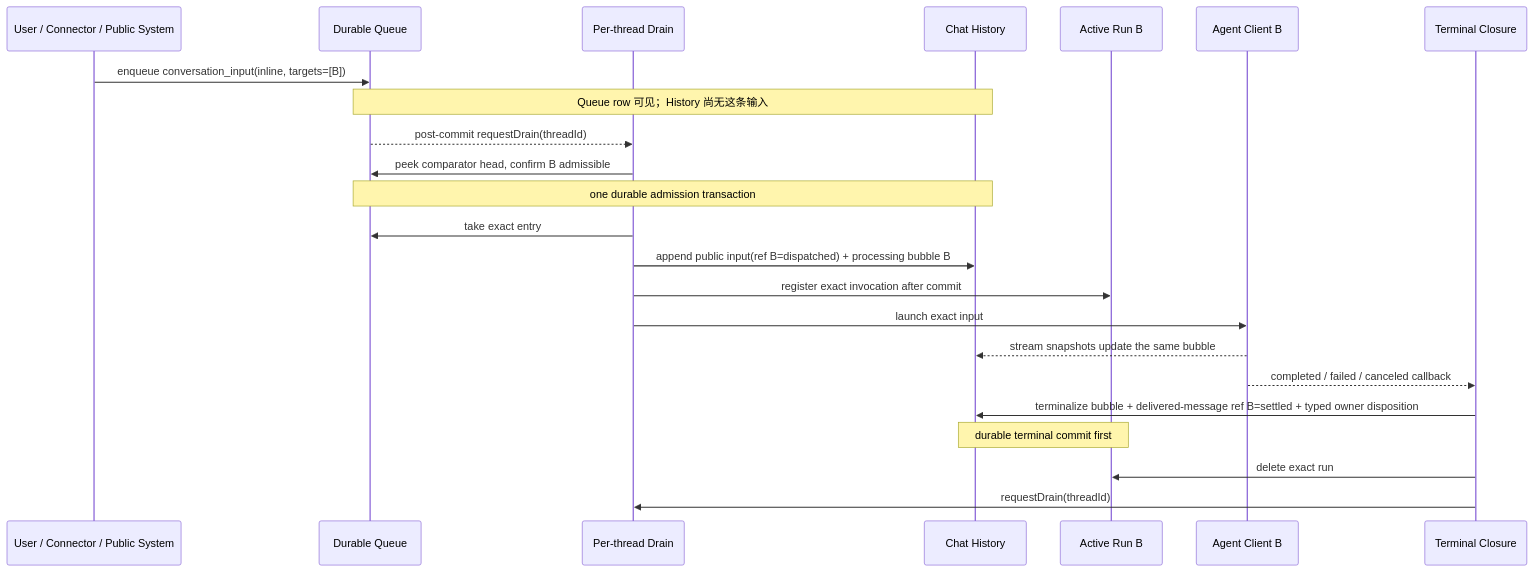
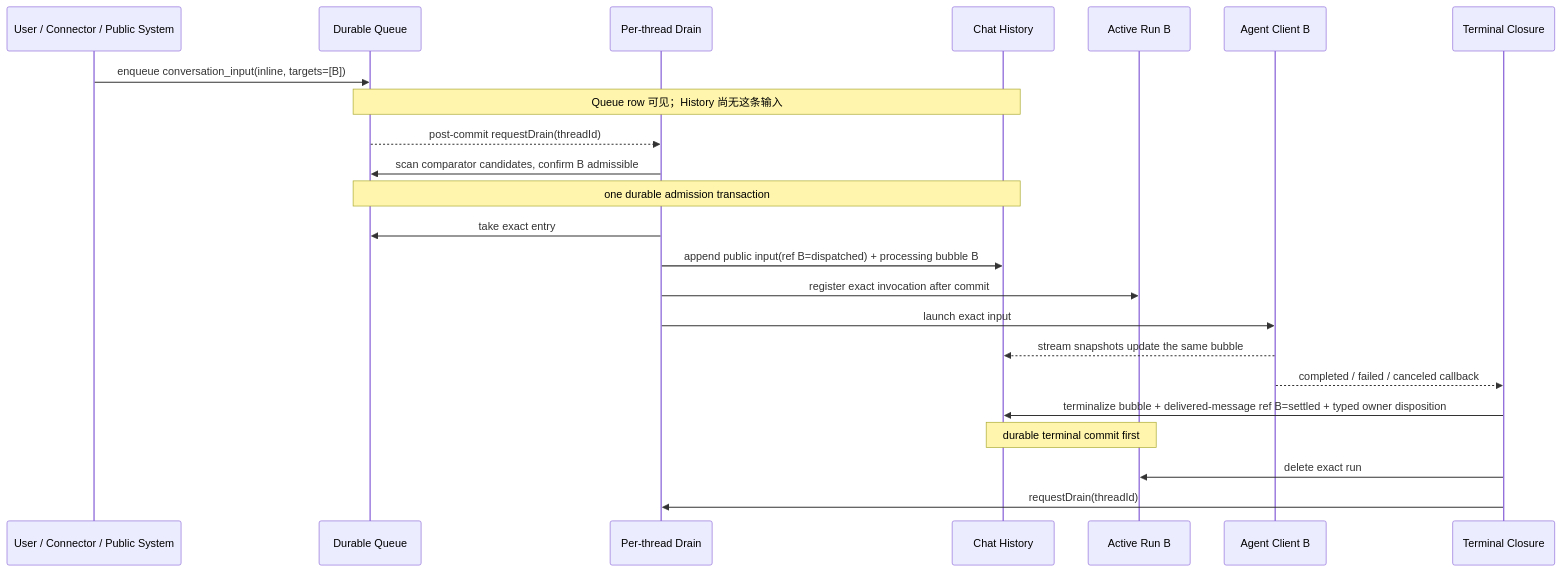
One commit to 08mamba24/clowder-ai changed the first of 8 diagrams in docs/architecture/message-delivery-handling-handoff-audit.md. Above: the diagram before and after it, drawn with Mermaid. The commit also changed other lines of this file and 2024 other files, not shown here.

````diff
--- a/docs/architecture/message-delivery-handling-handoff-audit.md
+++ b/docs/architecture/message-delivery-handling-handoff-audit.md
@@ -105,26 +105,26 @@
 ```mermaid
 sequenceDiagram
     participant U as User / Connector / Public System
     participant Q as Durable Queue
     participant D as Per-thread Drain
     participant H as Chat History
     participant R as Active Run B
     participant B as Agent Client B
     participant T as Terminal Closure
 
     U->>Q: enqueue conversation_input(inline, targets=[B])
     Note over Q,H: Queue row 可见；History 尚无这条输入
     Q-->>D: post-commit requestDrain(threadId)
-    D->>Q: peek comparator head, confirm B admissible
+    D->>Q: scan comparator candidates, confirm B admissible
     Note over Q,H: one durable admission transaction
     D->>Q: take exact entry
     D->>H: append public input(ref B=dispatched) + processing bubble B
     D->>R: register exact invocation after commit
     D->>B: launch exact input
     B-->>H: stream snapshots update the same bubble
     B-->>T: completed / failed / canceled callback
     T->>H: terminalize bubble + delivered-message ref B=settled + typed owner disposition
     Note over H,R: durable terminal commit first
     T->>R: delete exact run
     T->>D: requestDrain(threadId)
 ```
````
